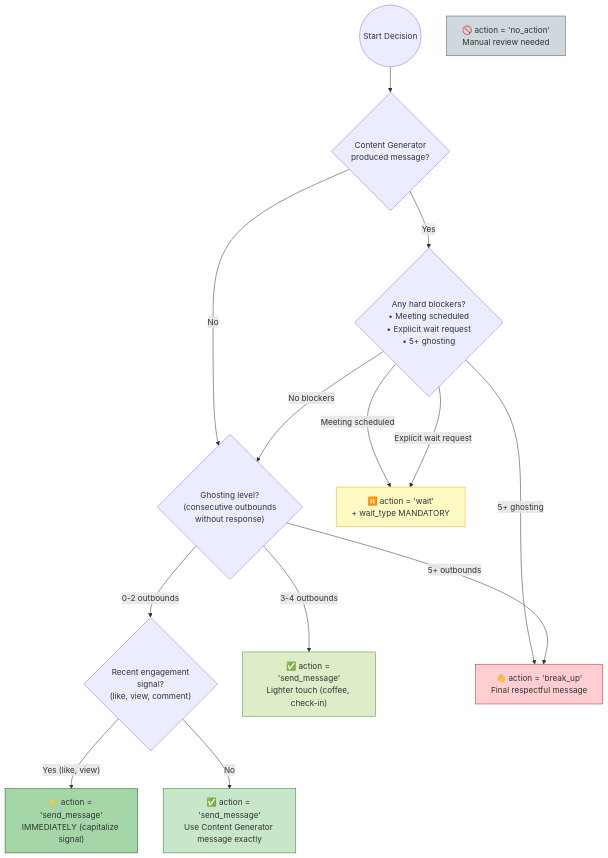
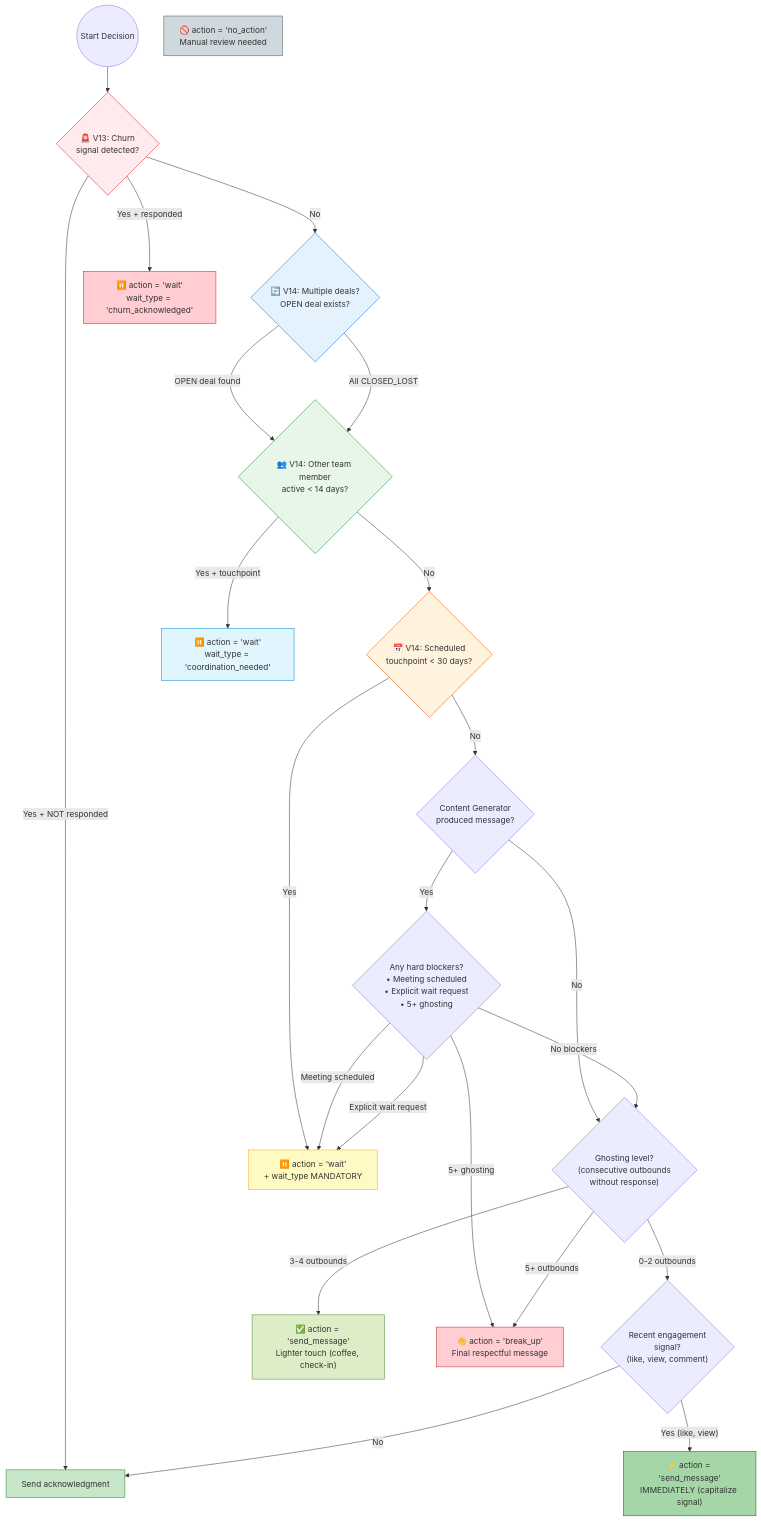
Before and after one commit to damianstetsonair/sales-n8n-ia: diagram 14 of 16 in WORKFLOW-DIAGRAM.md, drawn with Mermaid. The commit also changed other lines of this file and 7 other files, not shown here.

````diff
--- a/WORKFLOW-DIAGRAM.md
+++ b/WORKFLOW-DIAGRAM.md
@@ -1023,49 +1023,74 @@
 ```mermaid
 flowchart TB
     START((Start Decision))
 
-    %% First gate: Do we have content?
+    %% V13/V14 Pre-checks
+    CHECK_CHURN{"🚨 V13: Churn<br/>signal detected?"}
+    CHECK_MULTIDEAL{"🔄 V14: Multiple deals?<br/>OPEN deal exists?"}
+    CHECK_MULTIOWNER{"👥 V14: Other team member<br/>active < 14 days?"}
+    CHECK_TOUCHPOINT{"📅 V14: Scheduled<br/>touchpoint < 30 days?"}
+
+    %% Original gates
     CHECK_CONTENT{"Content Generator<br/>produced message?"}
-
-    %% Second gate: Blockers check
     CHECK_BLOCKERS{"Any hard blockers?<br/>• Meeting scheduled<br/>• Explicit wait request<br/>• 5+ ghosting"}
-
-    %% Third gate: Ghosting level
     CHECK_GHOST{"Ghosting level?<br/>(consecutive outbounds<br/>without response)"}
-
-    %% Engagement signal check
     CHECK_ENGAGE{"Recent engagement<br/>signal?<br/>(like, view, comment)"}
 
     %% Actions
     SEND["✅ action = 'send_message'<br/>Use Content Generator message exactly"]
     SEND_LIGHT["✅ action = 'send_message'<br/>Lighter touch (coffee, check-in)"]
     SEND_NOW["⚡ action = 'send_message'<br/>IMMEDIATELY (capitalize signal)"]
     WAIT["⏸️ action = 'wait'<br/>+ wait_type MANDATORY"]
+    WAIT_CHURN["⏸️ action = 'wait'<br/>wait_type = 'churn_acknowledged'"]
+    WAIT_COORD["⏸️ action = 'wait'<br/>wait_type = 'coordination_needed'"]
     BREAKUP["👋 action = 'break_up'<br/>Final respectful message"]
     NOACTION["🚫 action = 'no_action'<br/>Manual review needed"]
 
-    START --> CHECK_CONTENT
+    START --> CHECK_CHURN
+
+    %% V13 Churn check
+    CHECK_CHURN -->|"Yes + responded"| WAIT_CHURN
+    CHECK_CHURN -->|"Yes + NOT responded"| SEND["Send acknowledgment"]
+    CHECK_CHURN -->|"No"| CHECK_MULTIDEAL
+
+    %% V14 Multi-deal check
+    CHECK_MULTIDEAL -->|"OPEN deal found"| CHECK_MULTIOWNER
+    CHECK_MULTIDEAL -->|"All CLOSED_LOST"| CHECK_MULTIOWNER
+
+    %% V14 Multi-owner check
+    CHECK_MULTIOWNER -->|"Yes + touchpoint"| WAIT_COORD
+    CHECK_MULTIOWNER -->|"No"| CHECK_TOUCHPOINT
+
+    %% V14 Scheduled touchpoint check
+    CHECK_TOUCHPOINT -->|"Yes"| WAIT
+    CHECK_TOUCHPOINT -->|"No"| CHECK_CONTENT
 
     CHECK_CONTENT -->|"No"| CHECK_GHOST
     CHECK_CONTENT -->|"Yes"| CHECK_BLOCKERS
 
     CHECK_BLOCKERS -->|"Meeting scheduled"| WAIT
     CHECK_BLOCKERS -->|"Explicit wait request"| WAIT
     CHECK_BLOCKERS -->|"5+ ghosting"| BREAKUP
     CHECK_BLOCKERS -->|"No blockers"| CHECK_GHOST
 
     CHECK_GHOST -->|"0-2 outbounds"| CHECK_ENGAGE
     CHECK_GHOST -->|"3-4 outbounds"| SEND_LIGHT
     CHECK_GHOST -->|"5+ outbounds"| BREAKUP
 
     CHECK_ENGAGE -->|"Yes (like, view)"| SEND_NOW
     CHECK_ENGAGE -->|"No"| SEND
 
     %% Styling
+    style CHECK_CHURN fill:#ffebee,stroke:#c62828
+    style CHECK_MULTIDEAL fill:#e3f2fd,stroke:#1565c0
+    style CHECK_MULTIOWNER fill:#e8f5e9,stroke:#2e7d32
+    style CHECK_TOUCHPOINT fill:#fff3e0,stroke:#e65100
     style SEND fill:#c8e6c9,stroke:#2e7d32
     style SEND_LIGHT fill:#dcedc8,stroke:#558b2f
     style SEND_NOW fill:#a5d6a7,stroke:#1b5e20
     style WAIT fill:#fff9c4,stroke:#f9a825
+    style WAIT_CHURN fill:#ffcdd2,stroke:#c62828
+    style WAIT_COORD fill:#e1f5fe,stroke:#0288d1
     style BREAKUP fill:#ffcdd2,stroke:#c62828
     style NOACTION fill:#cfd8dc,stroke:#455a64
 ```
````
